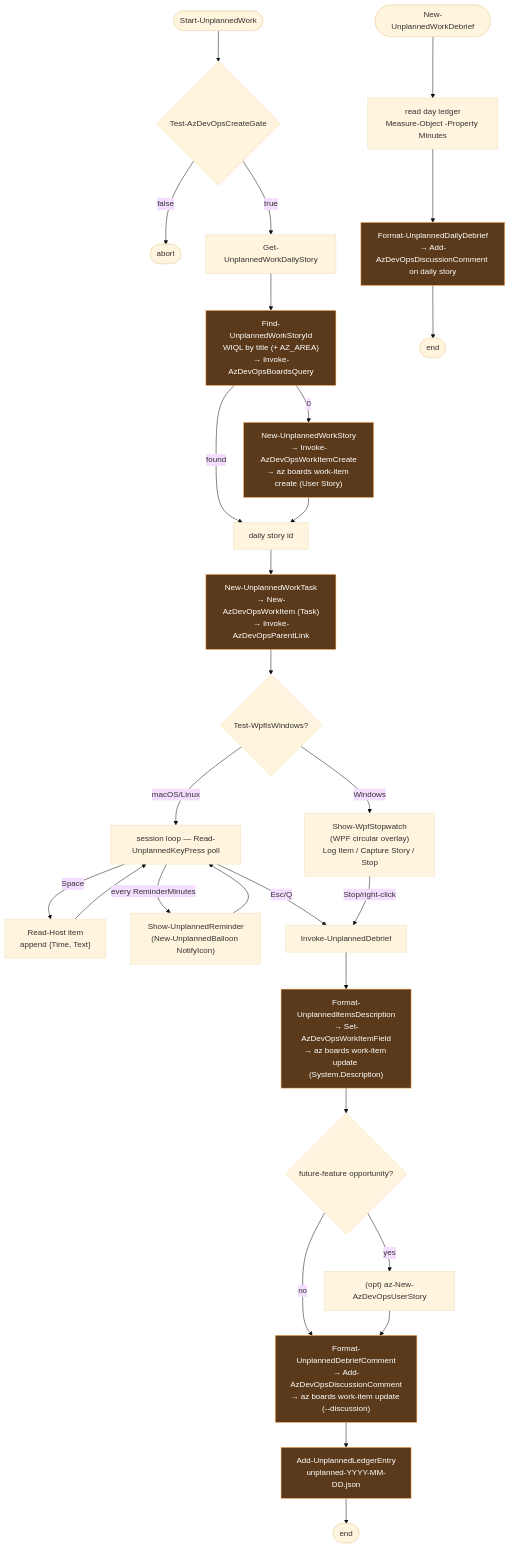
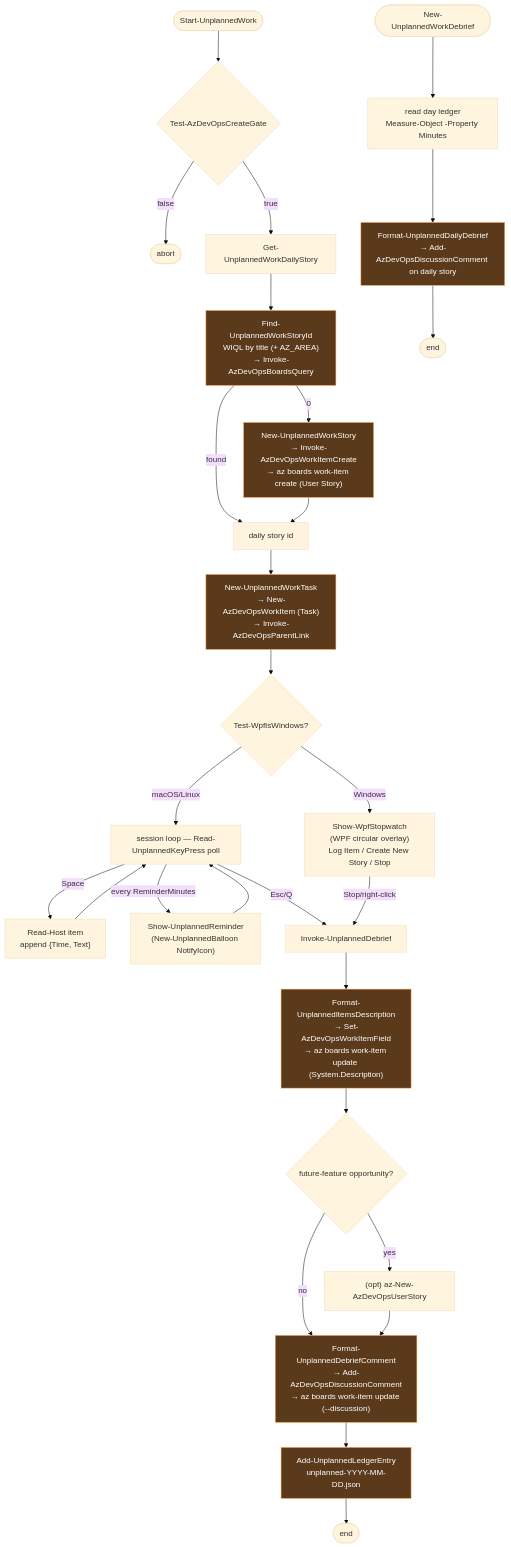
One commit to jdschleicher/bashcuts changed diagram 12 of 13 in docs/azure-devops-diagrams.md. Above: the diagram before and after it, drawn with Mermaid (base theme). The commit also changed 2 other files, not shown here.

Commit message:
feat: updating content to cleary identify what the button does

````diff
--- a/docs/azure-devops-diagrams.md
+++ b/docs/azure-devops-diagrams.md
@@ -592,39 +592,39 @@
 ```mermaid
 flowchart TD
     Start([Start-UnplannedWork]) --> Gate{Test-AzDevOpsCreateGate}
     Gate -- false --> Abort1([abort])
     Gate -- true --> Daily[Get-UnplannedWorkDailyStory]
 
     Daily --> Find["Find-UnplannedWorkStoryId<br/>WIQL by title (+ AZ_AREA)<br/>→ Invoke-AzDevOpsBoardsQuery"]
     Find -- found --> HaveStory[daily story id]
     Find -- 0 --> NewStory["New-UnplannedWorkStory<br/>→ Invoke-AzDevOpsWorkItemCreate<br/>→ az boards work-item create (User Story)"]
     NewStory --> HaveStory
 
     HaveStory --> Task["New-UnplannedWorkTask<br/>→ New-AzDevOpsWorkItem (Task)<br/>→ Invoke-AzDevOpsParentLink"]
     Task --> PlatCheck{Test-WpfIsWindows?}
-    PlatCheck -- Windows --> WpfLoop["Show-WpfStopwatch<br/>(WPF circular overlay)<br/>Log Item / Capture Story / Stop"]
+    PlatCheck -- Windows --> WpfLoop["Show-WpfStopwatch<br/>(WPF circular overlay)<br/>Log Item / Create New Story / Stop"]
     PlatCheck -- macOS/Linux --> Loop[session loop — Read-UnplannedKeyPress poll]
 
     Loop -- Space --> LogItem["Read-Host item<br/>append {Time, Text}"]
     LogItem --> Loop
     Loop -- every ReminderMinutes --> Balloon["Show-UnplannedReminder<br/>(New-UnplannedBalloon NotifyIcon)"]
     Balloon --> Loop
     Loop -- Esc/Q --> Debrief[Invoke-UnplannedDebrief]
     WpfLoop -- Stop/right-click --> Debrief
 
     Debrief --> FlushDesc["Format-UnplannedItemsDescription<br/>→ Set-AzDevOpsWorkItemField<br/>→ az boards work-item update (System.Description)"]
     FlushDesc --> AskFuture{future-feature opportunity?}
     AskFuture -- yes --> MaybeStory["(opt) az-New-AzDevOpsUserStory"]
     AskFuture -- no --> PostComment
     MaybeStory --> PostComment
     PostComment["Format-UnplannedDebriefComment<br/>→ Add-AzDevOpsDiscussionComment<br/>→ az boards work-item update (--discussion)"]
     PostComment --> Ledger["Add-UnplannedLedgerEntry<br/>unplanned-YYYY-MM-DD.json"]
     Ledger --> Done([end])
 
     DebriefDay([New-UnplannedWorkDebrief]) --> ReadLedger["read day ledger<br/>Measure-Object -Property Minutes"]
     ReadLedger --> Rollup["Format-UnplannedDailyDebrief<br/>→ Add-AzDevOpsDiscussionComment on daily story"]
     Rollup --> Done2([end])
 
     classDef io fill:#5a3a1a,stroke:#ffaa55,color:#fff
     class Find,NewStory,Task,FlushDesc,PostComment,Ledger,Rollup io
 ```
````
